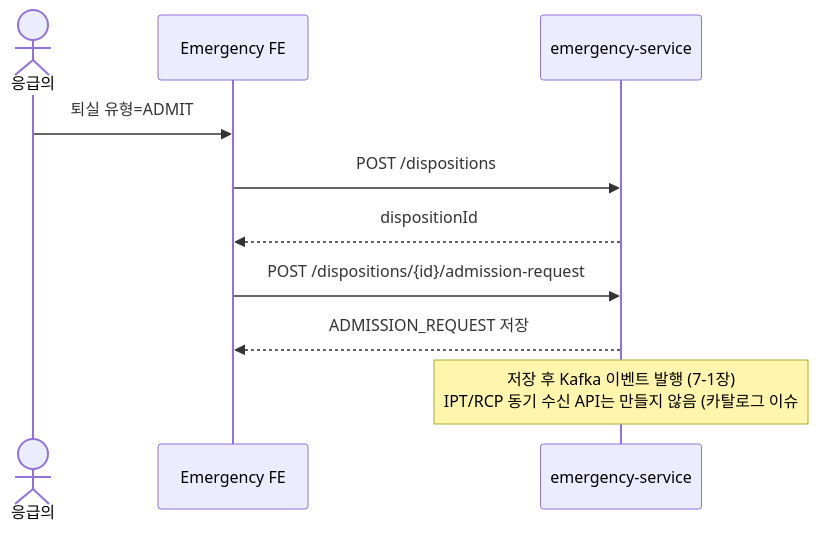
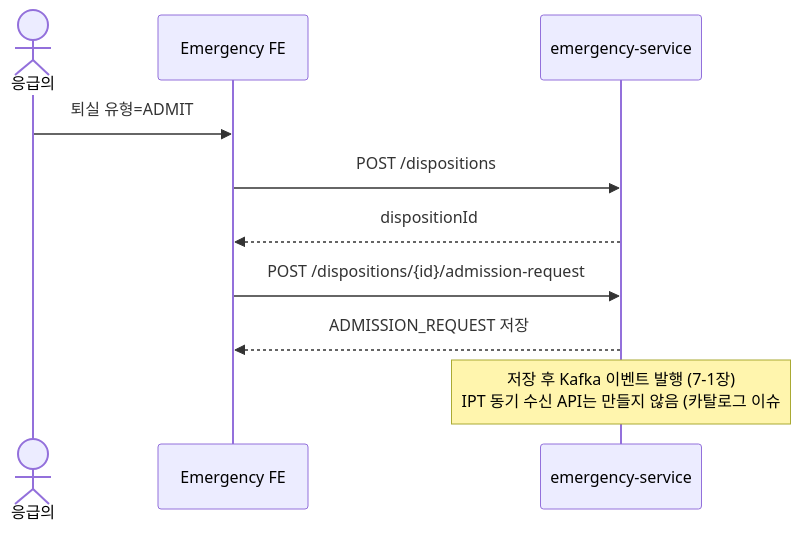
One commit to SEOUL-IT-HIS/emergency-service changed the sixth of 8 diagrams in docs/flow.md. Above: the diagram before and after it, drawn with Mermaid. The commit also changed other lines of this file and 8 other files, not shown here.

Commit message:
UD2-14 1. 문서 갱신 - 입원요청을 응급→병동 직접 흐름으로 정정(원무 경유 제거, 응급실 병상 자동 반납 없음), 처치·투약·CPR·입원요청·전원 소견서 조회 API 반영(api.md, flow.md, architecture.md, requirements.md) 기능수정 2. 더 이상 쓰지 않는 코드 생성 스크립트(scripts/gen-*.js 5개) 삭제 - 재실행하면 최신 코드가 옛 버전으로 덮어써짐 기능삭제

````diff
--- a/docs/flow.md
+++ b/docs/flow.md
@@ -137,14 +137,14 @@
 ```mermaid
 sequenceDiagram
   actor MD as 응급의
   participant FE as Emergency FE
   participant EMG as emergency-service
 
   MD->>FE: 퇴실 유형=ADMIT
   FE->>EMG: POST /dispositions
   EMG-->>FE: dispositionId
 
   FE->>EMG: POST /dispositions/{id}/admission-request
   EMG-->>FE: ADMISSION_REQUEST 저장
-  Note over EMG: 저장 후 Kafka 이벤트 발행 (7-1장)<br/>IPT/RCP 동기 수신 API는 만들지 않음 (카탈로그 이슈#6 해결)
+  Note over EMG: 저장 후 Kafka 이벤트 발행 (7-1장)<br/>IPT 동기 수신 API는 만들지 않음 (카탈로그 이슈#6 해결)
 ```
````
